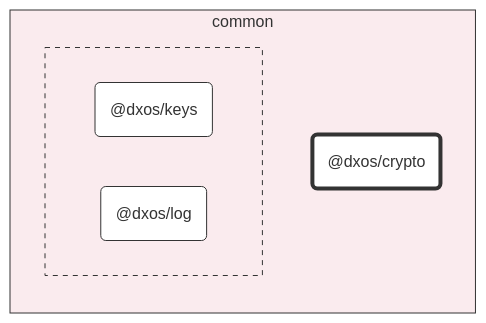
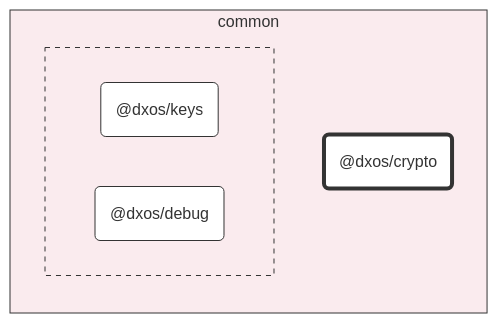
The diagram in packages/common/crypto/docs/README.md (dxos/dxos), drawn with Mermaid before and after one commit. The commit also changed other lines of this file and 95 other files, not shown here.

Commit message:
Class diagrams.

````diff
--- a/packages/common/crypto/docs/README.md
+++ b/packages/common/crypto/docs/README.md
@@ -7,28 +7,28 @@
 ```mermaid
 %%{ init: {'flowchart':{'curve':'basis'}} }%%
 
 flowchart LR
 
 %% Classes
 classDef def fill:#fff,stroke:#333,stroke-width:1px
 classDef root fill:#fff,stroke:#333,stroke-width:4px
 
 %% Nodes
 
 subgraph common [common]
   style common fill:#faebee,stroke:#333
   dxos/crypto("@dxos/crypto"):::root
   click dxos/crypto "dxos/dxos/tree/main/packages/common/crypto/docs"
 
   subgraph _ [ ]
     style _ fill:#faebee,stroke:#333,stroke-dasharray:5 5
     dxos/keys("@dxos/keys"):::def
     click dxos/keys "dxos/dxos/tree/main/packages/common/keys/docs"
-    dxos/log("@dxos/log"):::def
-    click dxos/log "dxos/dxos/tree/main/packages/common/log/docs"
+    dxos/debug("@dxos/debug"):::def
+    click dxos/debug "dxos/dxos/tree/main/packages/common/debug/docs"
   end
 end
 
 %% Links
 linkStyle default stroke:#333,stroke-width:1px
 ```
````
